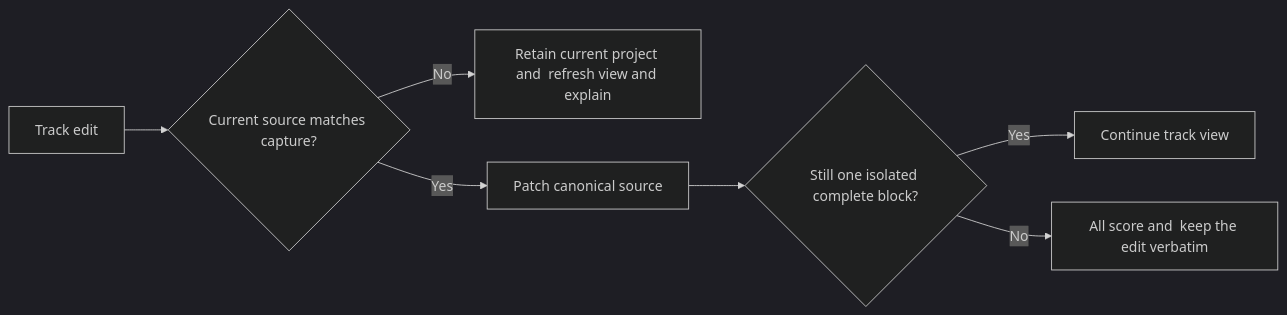
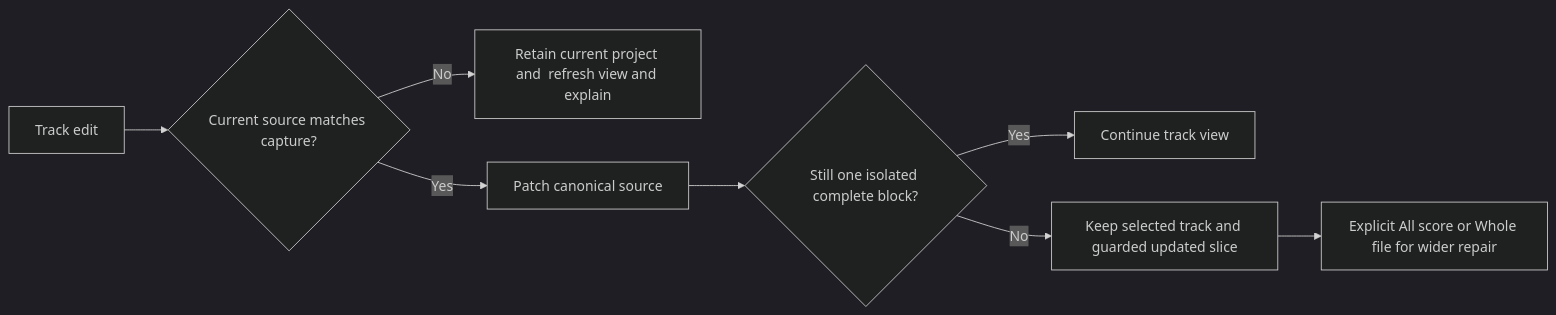
The third of 3 diagrams in docs/extensions/SCORE_VIEWS.md (Monykus7/FourPataka), drawn with Mermaid (dark theme) before and after one commit. The commit also changed other lines of this file and 11 other files, not shown here.

Commit message:
Document guarded track drafts and noise-hit contributor contracts for v0.29.0

````diff
--- a/docs/extensions/SCORE_VIEWS.md
+++ b/docs/extensions/SCORE_VIEWS.md
@@ -79,9 +81,10 @@
 ```mermaid
 flowchart LR
   Edit[Track edit] --> Capture{Current source matches capture?}
   Capture -->|No| Reject[Retain current project and  refresh view and explain]
   Capture -->|Yes| Patch[Patch canonical source]
   Patch --> Structure{Still one isolated complete block?}
   Structure -->|Yes| Track[Continue track view]
-  Structure -->|No| Full[All score and  keep the edit verbatim]
+  Structure -->|No| Draft[Keep selected track and guarded updated slice]
+  Draft --> Explicit[Explicit All score or Whole file for wider repair]
 ```
````
